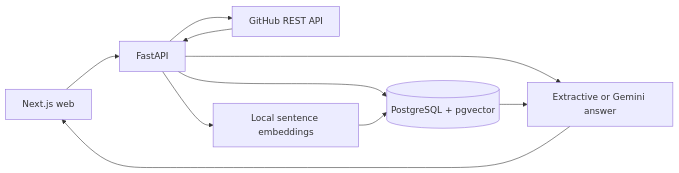
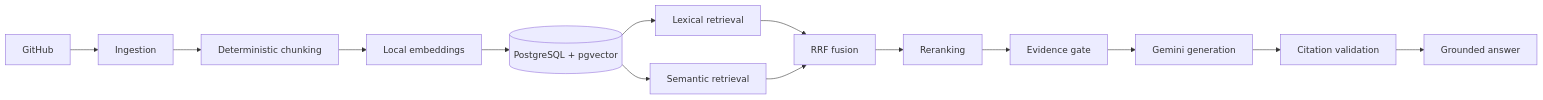
The diagram in README.md (prxns/RepoMind), drawn with Mermaid before and after one commit. The commit also changed other lines of this file and 31 other files, not shown here.

````diff
--- a/README.md
+++ b/README.md
@@ -10,12 +14,16 @@
 ```mermaid
 flowchart LR
-  Browser[Next.js web] --> API[FastAPI]
-  API --> GitHub[GitHub REST API]
-  API --> DB[(PostgreSQL + pgvector)]
-  API --> Embed[Local sentence embeddings]
-  API --> Answer[Extractive or Gemini answer]
-  GitHub --> API
-  Embed --> DB
-  DB --> Answer
-  Answer --> Browser
+  GitHub[GitHub] --> Ingest[Ingestion]
+  Ingest --> Chunk[Deterministic chunking]
+  Chunk --> Embed[Local embeddings]
+  Embed --> DB[(PostgreSQL + pgvector)]
+  DB --> Lexical[Lexical retrieval]
+  DB --> Semantic[Semantic retrieval]
+  Lexical --> RRF[RRF fusion]
+  Semantic --> RRF
+  RRF --> Rerank[Reranking]
+  Rerank --> Gate[Evidence gate]
+  Gate --> Gemini[Gemini generation]
+  Gemini --> Validate[Citation validation]
+  Validate --> Answer[Grounded answer]
 ```
````
